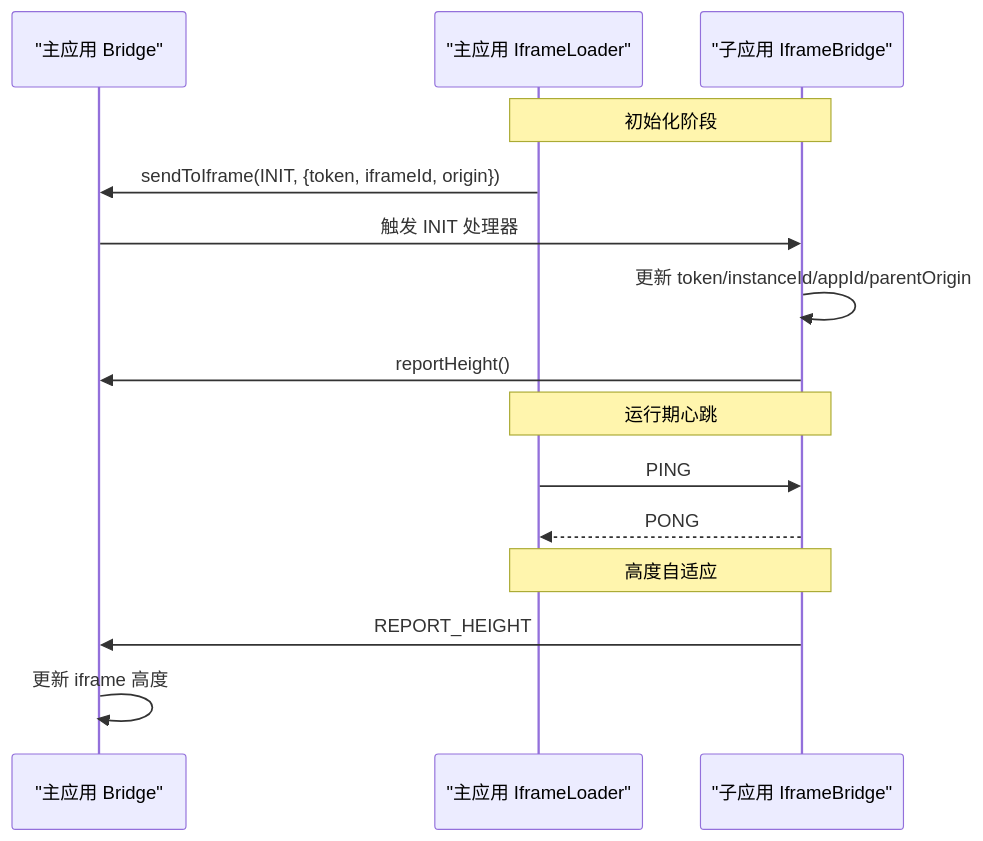
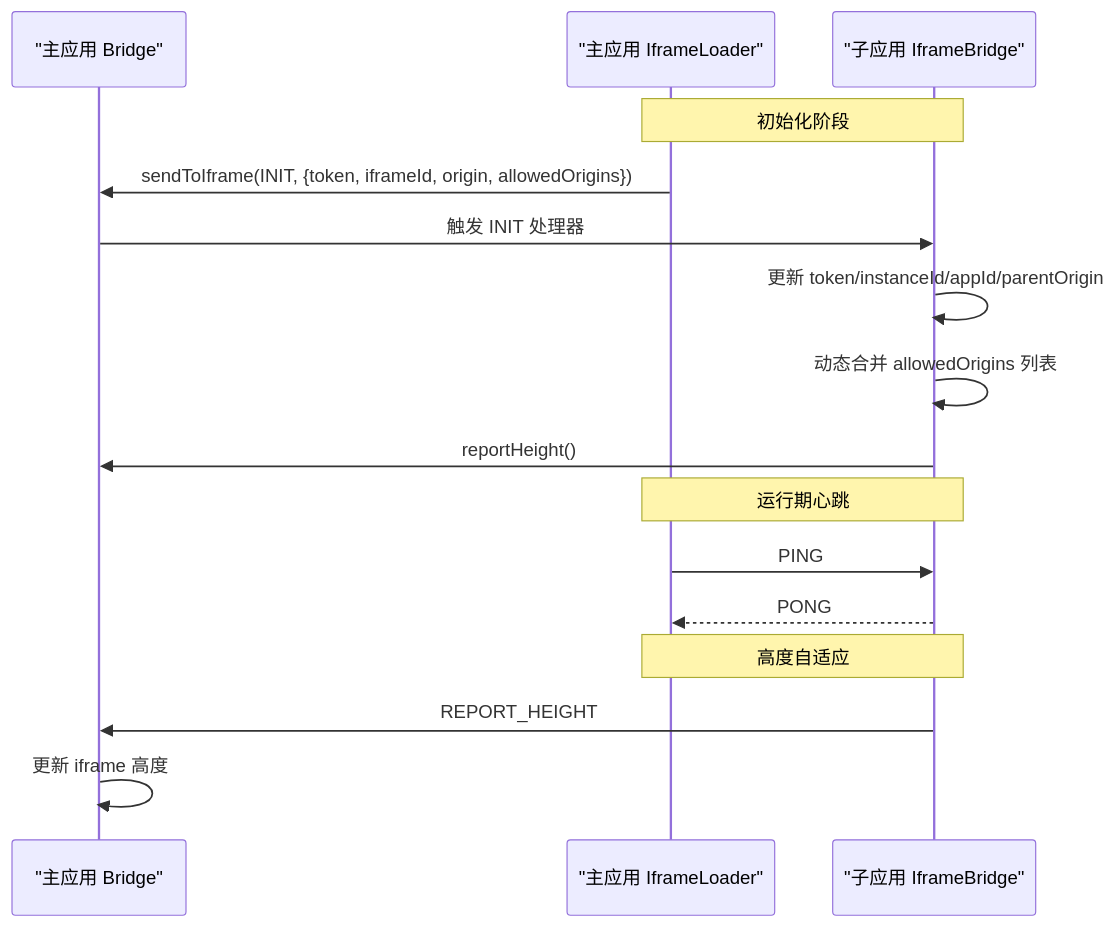
The second of 7 diagrams in .qoder/repowiki/zh/content/高级主题/iframe 跨域治理.md (my-Sitara/artisan-base-frontend), drawn with Mermaid before and after one commit. The commit also changed other lines of this file and 35 other files, not shown here.

````diff
--- a/.qoder/repowiki/zh/content/高级主题/iframe 跨域治理.md
+++ b/.qoder/repowiki/zh/content/高级主题/iframe 跨域治理.md
@@ -88,17 +100,18 @@
 ```mermaid
 sequenceDiagram
 participant Main as "主应用 Bridge"
 participant Loader as "主应用 IframeLoader"
 participant Sub as "子应用 IframeBridge"
 Note over Loader,Sub : 初始化阶段
-Loader->>Main : sendToIframe(INIT, {token, iframeId, origin})
+Loader->>Main : sendToIframe(INIT, {token, iframeId, origin, allowedOrigins})
 Main->>Sub : 触发 INIT 处理器
 Sub->>Sub : 更新 token/instanceId/appId/parentOrigin
+Sub->>Sub : 动态合并 allowedOrigins 列表
 Sub->>Main : reportHeight()
 Note over Loader,Sub : 运行期心跳
 Loader->>Sub : PING
 Sub-->>Loader : PONG
 Note over Loader,Sub : 高度自适应
 Sub->>Main : REPORT_HEIGHT
 Main->>Main : 更新 iframe 高度
 ```
````
